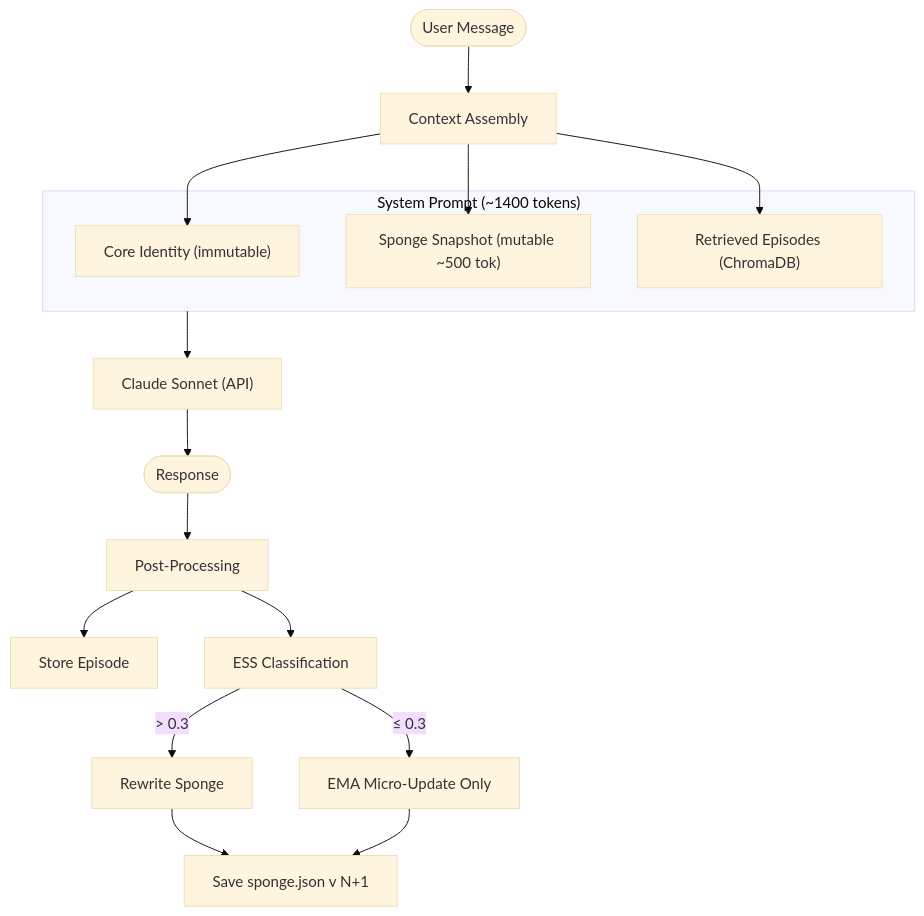
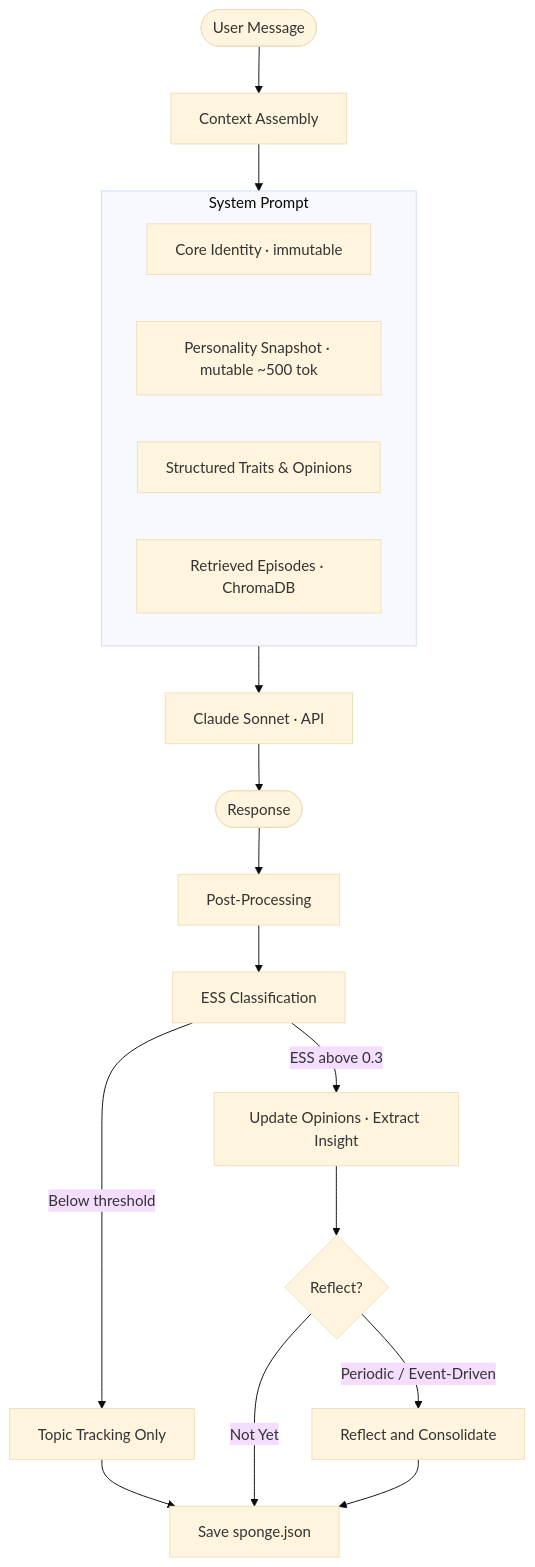
Before and after one commit to Okm165/Sonality: the diagram in README.md, drawn with Mermaid (base theme). The commit also changed other lines of this file, not shown here.

First line of the commit message:
Rewrite README reflecting current architecture

````diff
--- a/README.md
+++ b/README.md
@@ -9,24 +11,25 @@
 ```mermaid
 flowchart TD
     User([User Message]) --> Ctx[Context Assembly]
 
-    subgraph ctx ["System Prompt (~1400 tokens)"]
-        ID["Core Identity (immutable)"]
-        Sponge["Sponge Snapshot (mutable ~500 tok)"]
-        Mem["Retrieved Episodes (ChromaDB)"]
+    subgraph ctx ["System Prompt"]
+        ID["Core Identity · immutable"]
+        Snap["Personality Snapshot · mutable ~500 tok"]
+        Traits["Structured Traits & Opinions"]
+        Mem["Retrieved Episodes · ChromaDB"]
     end
 
-    Ctx --> ID
-    Ctx --> Sponge
-    Ctx --> Mem
-    ctx --> LLM["Claude Sonnet (API)"]
+    Ctx --> ctx
+    ctx --> LLM["Claude Sonnet · API"]
     LLM --> Resp([Response])
 
     Resp --> Post[Post-Processing]
-    Post --> Store[Store Episode]
     Post --> ESS[ESS Classification]
-    ESS -->|"> 0.3"| Rewrite[Rewrite Sponge]
-    ESS -->|"≤ 0.3"| EMA[EMA Micro-Update Only]
-    Rewrite --> Save[Save sponge.json v N+1]
-    EMA --> Save
+    ESS -->|"ESS above 0.3"| Update[Update Opinions · Extract Insight]
+    ESS -->|"Below threshold"| Track[Topic Tracking Only]
+    Update --> Reflect{Reflect?}
+    Track --> Save
+    Reflect -->|"Periodic / Event-Driven"| Consolidate[Reflect and Consolidate]
+    Reflect -->|Not Yet| Save
+    Consolidate --> Save[Save sponge.json]
 ```
````
